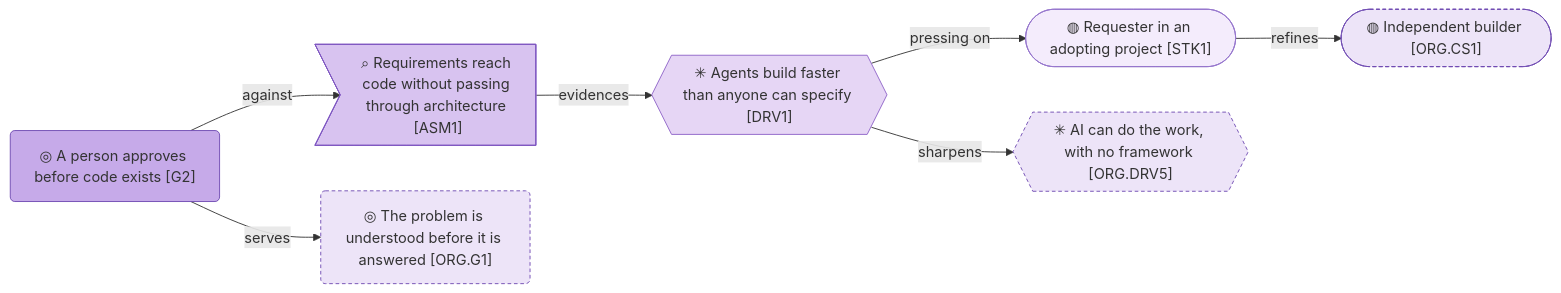
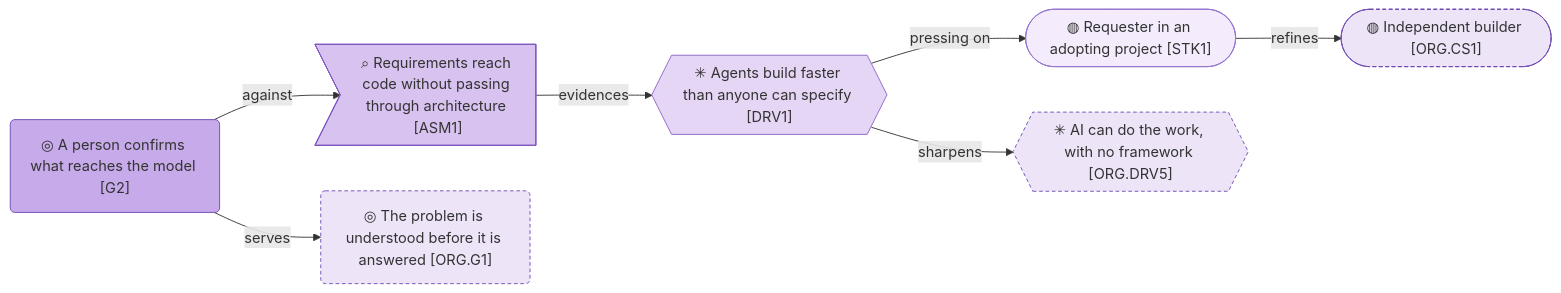
One commit to roanboc/architecture-archreator changed the second of 2 diagrams in product-archreator/architecture/1_strategy/README.md. Above: the diagram before and after it, drawn with Mermaid. The commit also changed 17 other files, not shown here.

````diff
--- a/product-archreator/architecture/1_strategy/README.md
+++ b/product-archreator/architecture/1_strategy/README.md
@@ -52,25 +52,25 @@
 ```mermaid
 flowchart LR
   s1(["◍ Requester in an adopting project [STK1]"]):::stakeholder
   d1{{"✳ Agents build faster than anyone can specify [DRV1]"}}:::driver
   a1>"⌕ Requirements reach code without passing through architecture [ASM1]"]:::assessment
-  g2("◎ A person approves before code exists [G2]"):::goal
+  g2("◎ A person confirms what reaches the model [G2]"):::goal
   o1(["◍ Independent builder [ORG.CS1]"]):::parent
   o5{{"✳ AI can do the work, with no framework [ORG.DRV5]"}}:::parent
   og1("◎ The problem is understood before it is answered [ORG.G1]"):::parent
 
   s1 -->|refines| o1
   d1 -->|pressing on| s1
   a1 -->|evidences| d1
   d1 -->|sharpens| o5
   g2 -->|against| a1
   g2 -->|serves| og1
 
   classDef stakeholder fill:#f4ecfc,stroke:#9575cd,color:#333
   classDef driver fill:#e6d6f5,stroke:#8e63c8,color:#333
   classDef assessment fill:#d8c3f0,stroke:#7e57c2,color:#333
   classDef goal fill:#c6aae9,stroke:#6f4bb2,color:#333
   classDef outcome fill:#b493e0,stroke:#5f3da0,color:#333
   classDef principle fill:#a37cd8,stroke:#4f318c,color:#333
   classDef parent fill:#ede4f8,stroke:#6f4bb2,color:#333,stroke-dasharray: 4 3
 ```
````
